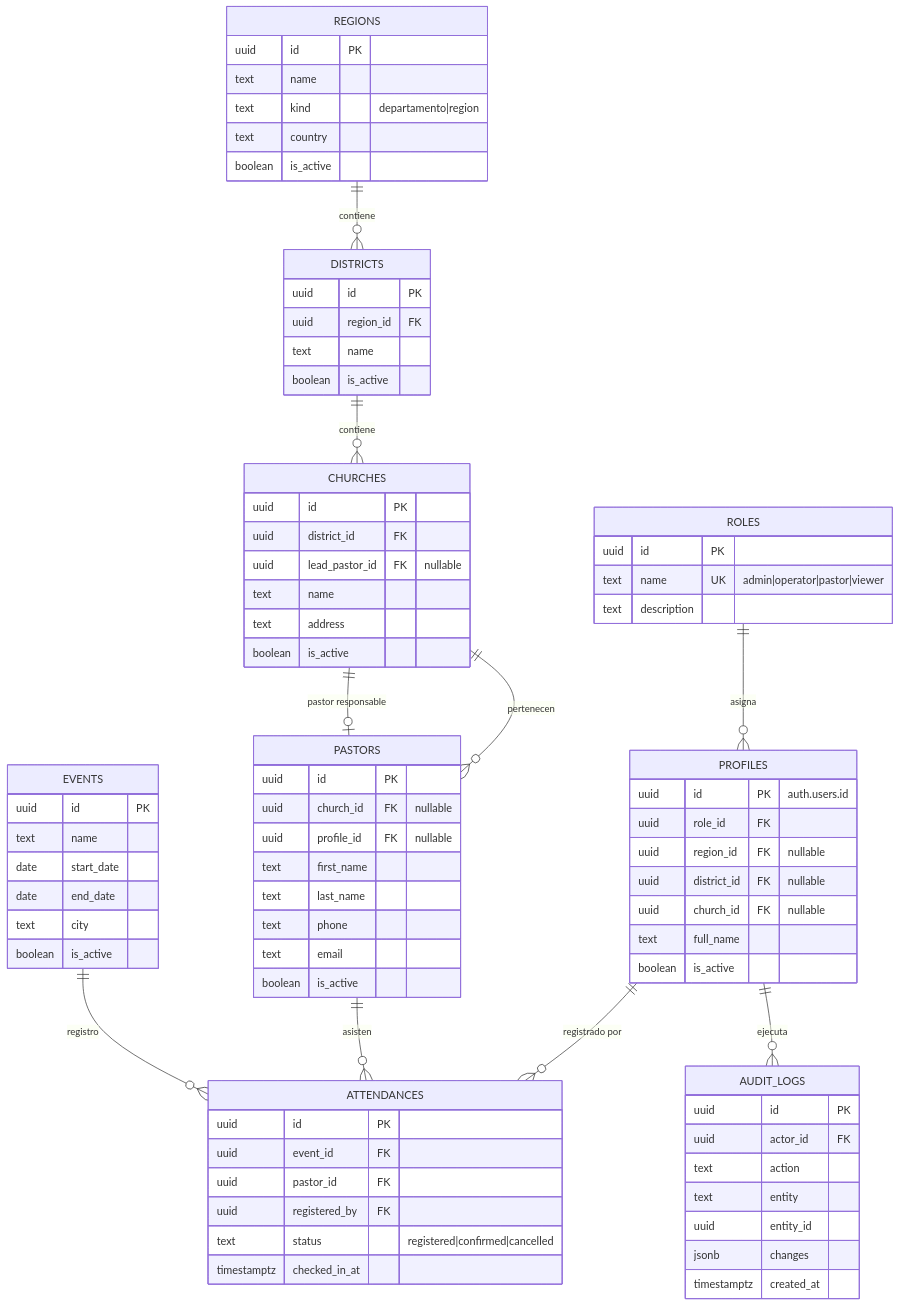
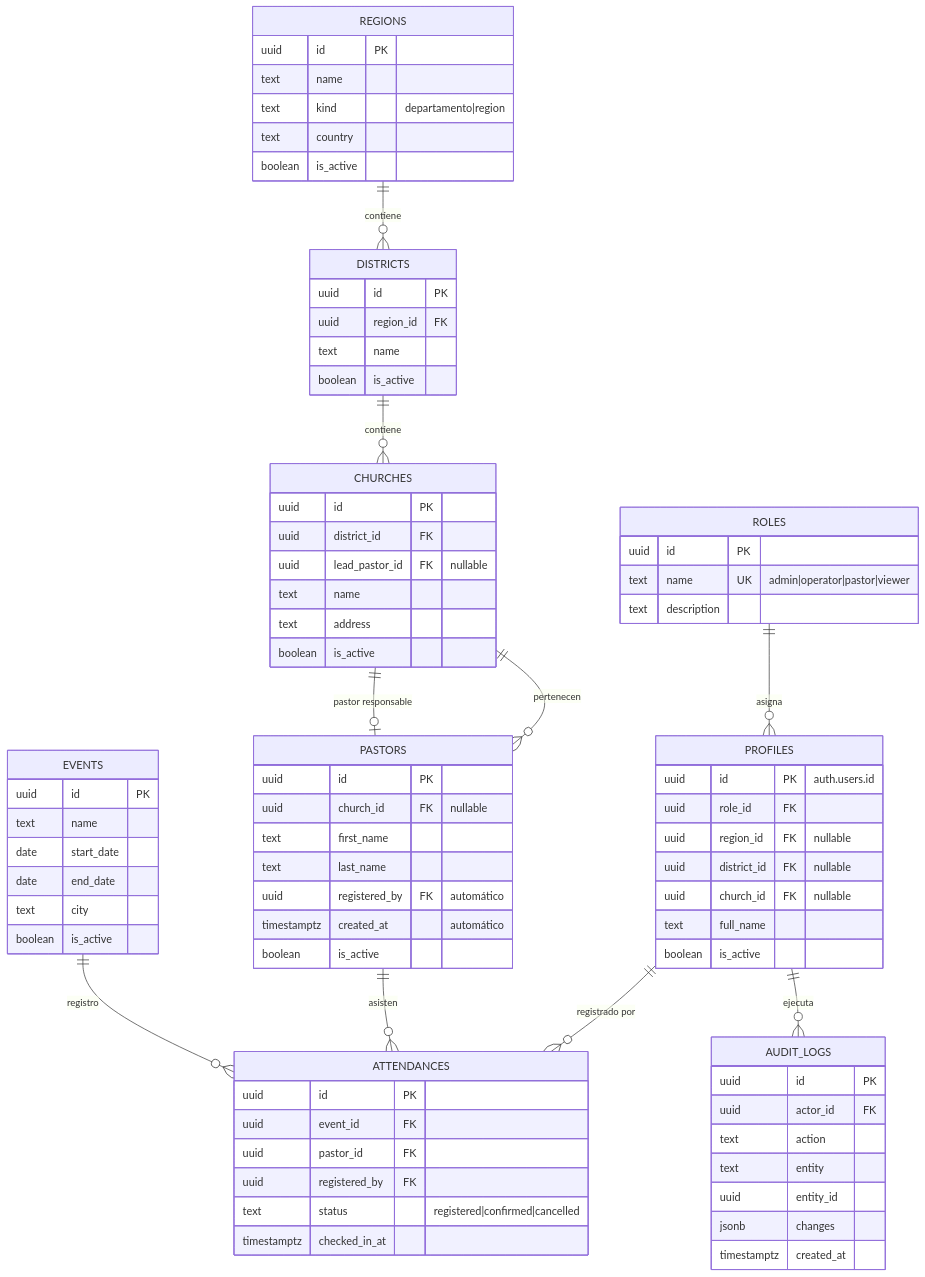
One commit to dgschahvqvc17/Convencion-Ministerial-Registro changed the diagram in docs/04-modelo-de-datos.md. Above: the diagram before and after it, drawn with Mermaid. The commit also changed other lines of this file and 115 other files, not shown here.

```diff
--- a/docs/04-modelo-de-datos.md
+++ b/docs/04-modelo-de-datos.md
@@ -45,11 +47,10 @@
   PASTORS {
     uuid id PK
     uuid church_id FK "nullable"
-    uuid profile_id FK "nullable"
     text first_name
     text last_name
-    text phone
-    text email
+    uuid registered_by FK "automático"
+    timestamptz created_at "automático"
     boolean is_active
   }
   EVENTS {
```
